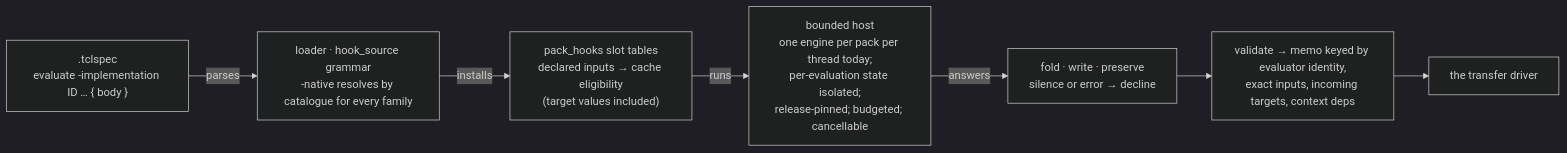
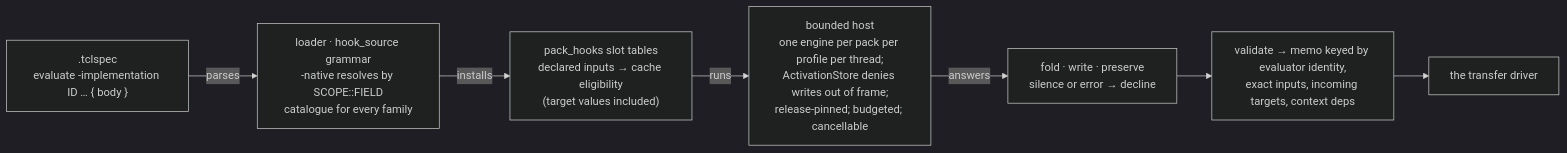
One commit to bitwisecook/tcl-lsp changed the third of 3 diagrams in docs/design/compiler/value-evaluation.md. Above: the diagram before and after it, drawn with Mermaid (dark theme). The commit also changed other lines of this file, not shown here.

First line of the commit message:
docs(design): value evaluation — complete the evaluation contract

````diff
--- a/docs/design/compiler/value-evaluation.md
+++ b/docs/design/compiler/value-evaluation.md
@@ -358,10 +1040,10 @@
 ```mermaid
 flowchart LR
     T[".tclspec<br/>evaluate -implementation ID … { body }"]
-    T -->|parses| L["loader · hook_source grammar<br/>-native resolves by catalogue for every family"]
+    T -->|parses| L["loader · hook_source grammar<br/>-native resolves by SCOPE::FIELD<br/>catalogue for every family"]
     L -->|installs| P["pack_hooks slot tables<br/>declared inputs → cache eligibility<br/>(target values included)"]
-    P -->|runs| H["bounded host<br/>one engine per pack per thread today;<br/>per-evaluation state isolated;<br/>release-pinned; budgeted; cancellable"]
+    P -->|runs| H["bounded host<br/>one engine per pack per profile per thread;<br/>ActivationStore denies writes out of frame;<br/>release-pinned; budgeted; cancellable"]
     H -->|answers| E["fold · write · preserve<br/>silence or error → decline"]
     E --> V["validate → memo keyed by evaluator identity,<br/>exact inputs, incoming targets, context deps"]
     V --> S["the transfer driver"]
 ```
````
